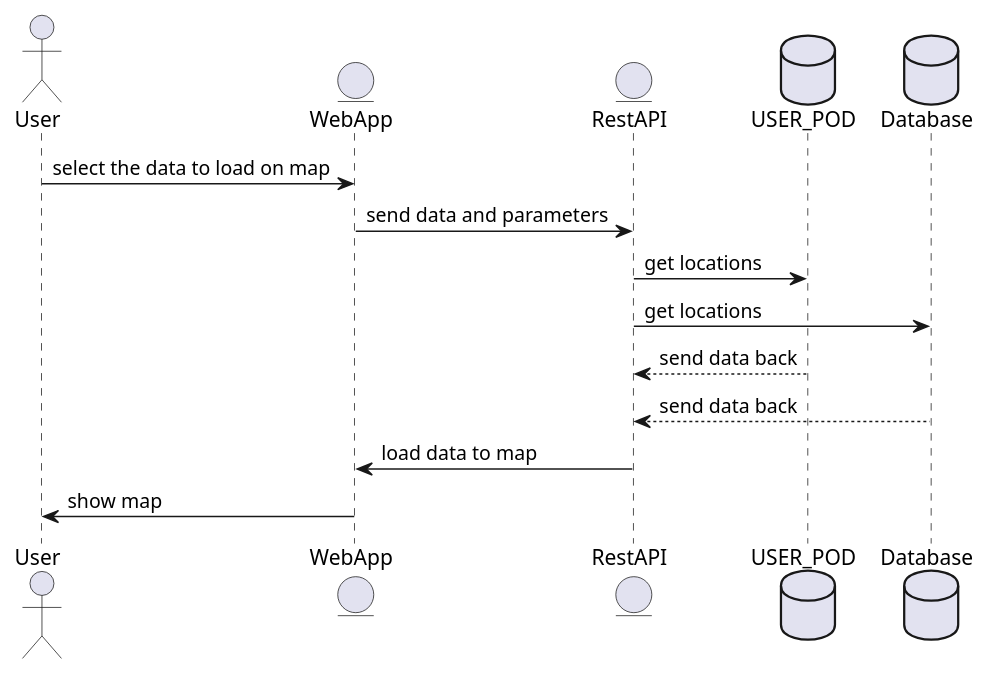
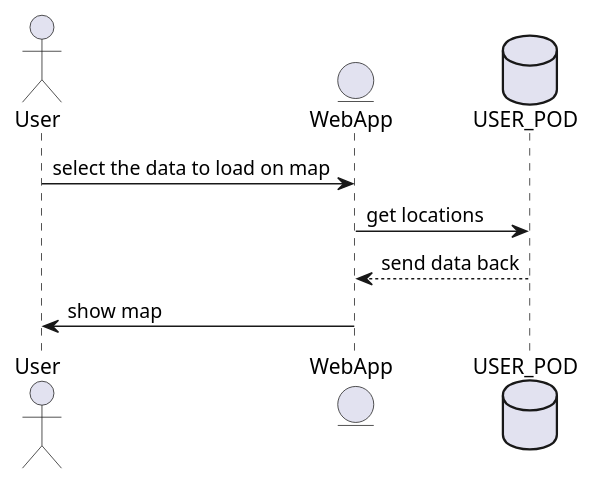
One commit to Arquisoft/lomap_es5c changed the third of 7 diagrams in docs/06_runtime_view.adoc. Above: the diagram before and after it, drawn with PlantUML. The commit also changed other lines of this file and 17 other files, not shown here.

```diff
--- a/docs/06_runtime_view.adoc
+++ b/docs/06_runtime_view.adoc
@@ -63,17 +63,11 @@
 [plantuml,"Map diagram",png]
 ----
 actor User
 entity EntityWeb as "WebApp"
-entity EntityRest as "RestAPI"
 database Pod as "USER_POD"
-database Mongo as "Database"
 
 User -> EntityWeb: select the data to load on map
-EntityWeb -> EntityRest: send data and parameters
-EntityRest -> Pod: get locations
-EntityRest -> Mongo: get locations
-Pod --> EntityRest: send data back
-Mongo --> EntityRest: send data back
-EntityRest -> EntityWeb: load data to map
+EntityWeb -> Pod: get locations
+Pod --> EntityWeb: send data back
 EntityWeb -> User: show map
 ----
```
